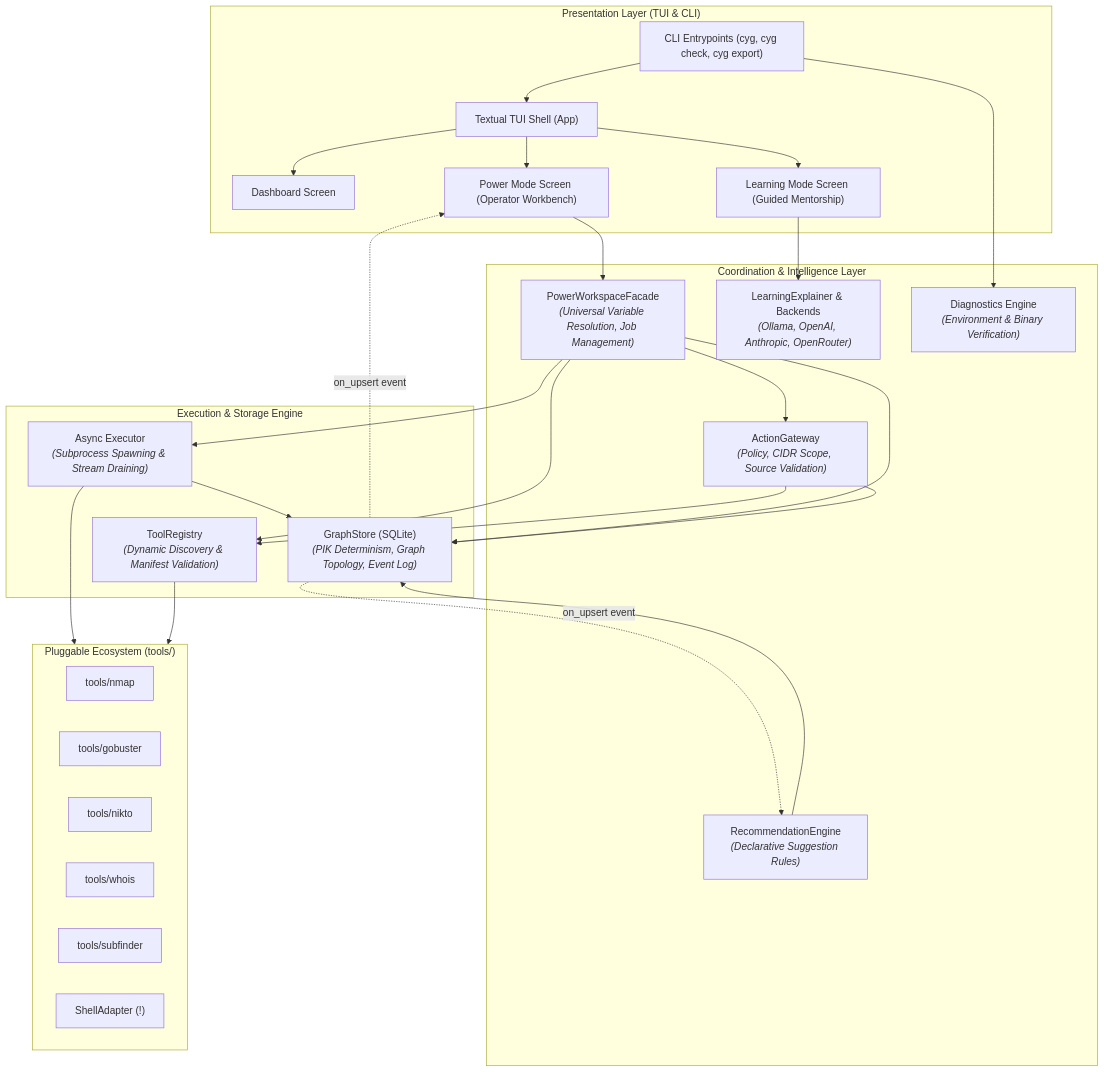
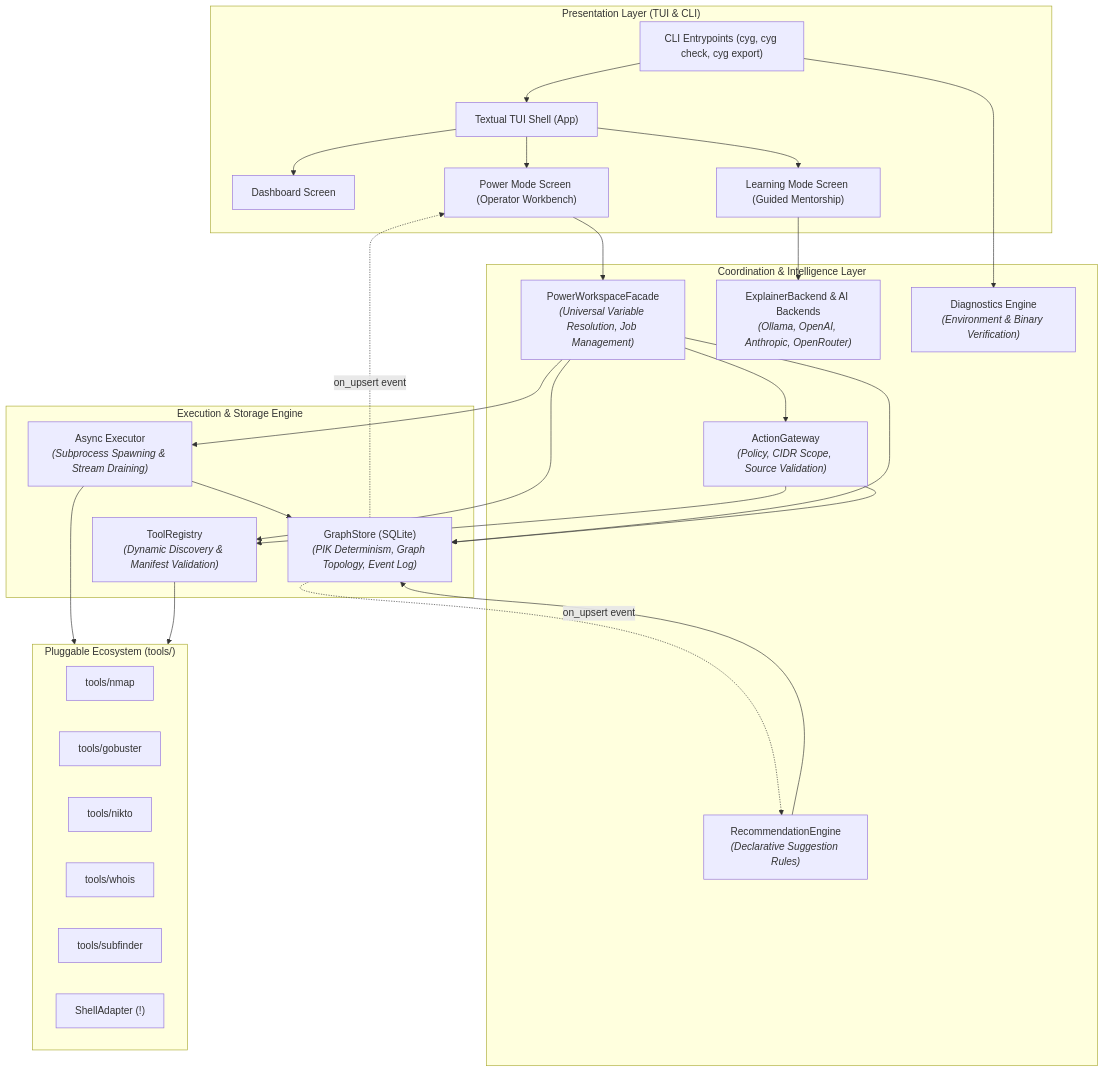
Before and after one commit to h45sh/cyguide: the first of 4 diagrams in docs/developer/ARCHITECTURE.md, drawn with Mermaid. The commit also changed other lines of this file and 56 other files, not shown here.

First line of the commit message:
feat: harden learning mode, canonicalize schemas, optimize store, and refine UI docks

````diff
--- a/docs/developer/ARCHITECTURE.md
+++ b/docs/developer/ARCHITECTURE.md
@@ -45,56 +45,56 @@
 ```mermaid
 graph TB
     subgraph PresentationLayer["Presentation Layer (TUI & CLI)"]
         CLI["CLI Entrypoints (cyg, cyg check, cyg export)"]
         TUI["Textual TUI Shell (App)"]
         DashScreen["Dashboard Screen"]
         PowerScreen["Power Mode Screen (Operator Workbench)"]
         LearnScreen["Learning Mode Screen (Guided Mentorship)"]
     end
 
     subgraph CoordinationLayer["Coordination & Intelligence Layer"]
         Facade["PowerWorkspaceFacade<br><i>(Universal Variable Resolution, Job Management)</i>"]
         Gateway["ActionGateway<br><i>(Policy, CIDR Scope, Source Validation)</i>"]
         RecEngine["RecommendationEngine<br><i>(Declarative Suggestion Rules)</i>"]
-        Explainer["LearningExplainer & Backends<br><i>(Ollama, OpenAI, Anthropic, OpenRouter)</i>"]
+        Explainer["ExplainerBackend & AI Backends<br><i>(Ollama, OpenAI, Anthropic, OpenRouter)</i>"]
         Diag["Diagnostics Engine<br><i>(Environment & Binary Verification)</i>"]
     end
 
     subgraph CoreEngine["Execution & Storage Engine"]
         Executor["Async Executor<br><i>(Subprocess Spawning & Stream Draining)</i>"]
         Store["GraphStore (SQLite)<br><i>(PIK Determinism, Graph Topology, Event Log)</i>"]
         Registry["ToolRegistry<br><i>(Dynamic Discovery & Manifest Validation)</i>"]
     end
 
     subgraph PluginLayer["Pluggable Ecosystem (tools/)"]
         Nmap["tools/nmap"]
         Gobuster["tools/gobuster"]
         Nikto["tools/nikto"]
         Whois["tools/whois"]
         Subfinder["tools/subfinder"]
         Shell["ShellAdapter (!)"]
     end
 
     CLI --> TUI
     TUI --> DashScreen
     TUI --> PowerScreen
     TUI --> LearnScreen
 
     PowerScreen --> Facade
     LearnScreen --> Explainer
     CLI --> Diag
 
     Facade --> Gateway
     Facade --> Store
     Facade --> Registry
     Gateway --> Registry
     Gateway --> Store
     Facade --> Executor
     RecEngine --> Store
     Store -.->|on_upsert event| RecEngine
     Store -.->|on_upsert event| PowerScreen
 
     Executor --> PluginLayer
     Registry --> PluginLayer
     Executor --> Store
 ```
````
